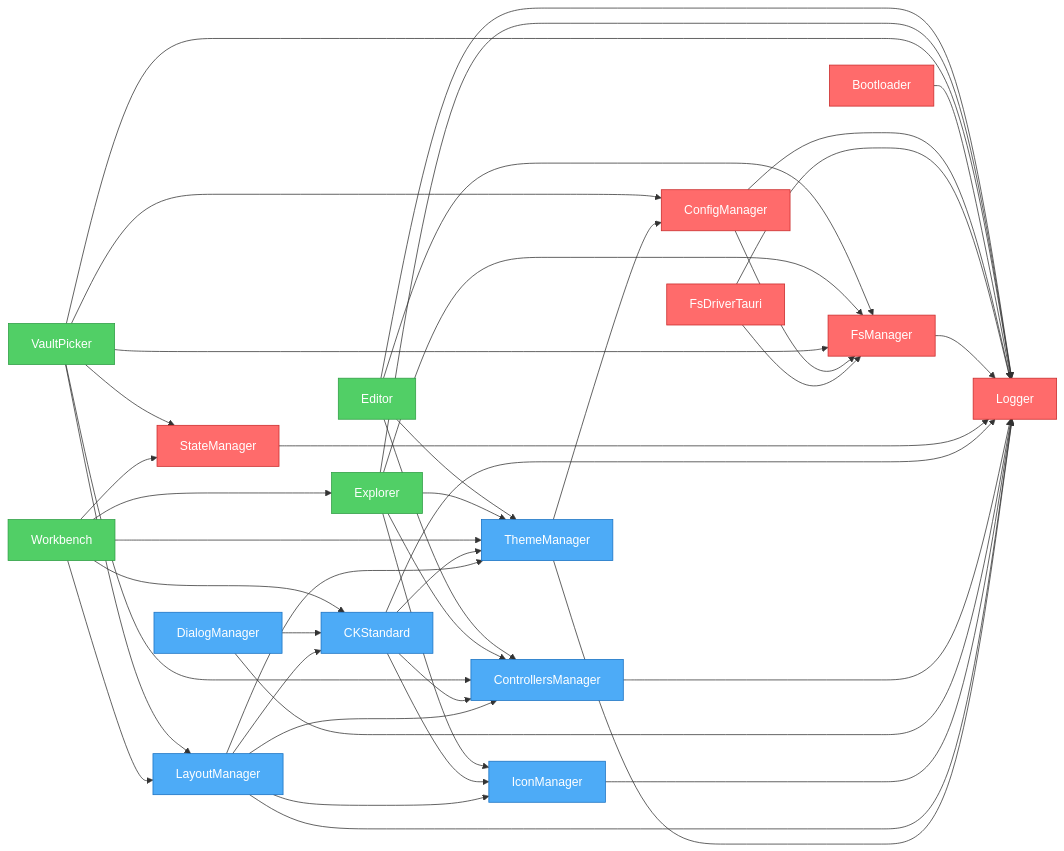
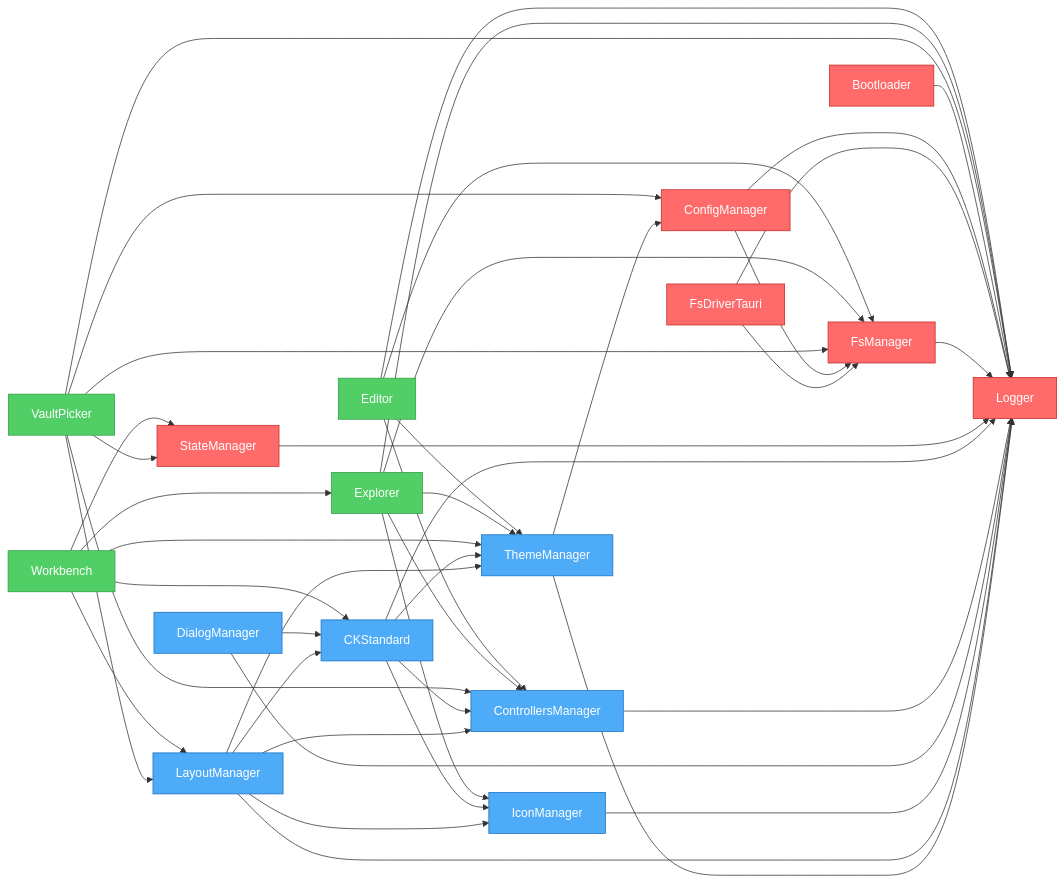
The diagram in artifacts/graph.mmd (khton-tech/notehub.md), drawn with Mermaid before and after one commit. The commit also changed other lines of this file and 8 other files, not shown here.

```diff
--- a/artifacts/graph.mmd
+++ b/artifacts/graph.mmd
@@ -1,68 +1,68 @@
 flowchart LR
     nh_features_editor["Editor"]
     nh_features_explorer["Explorer"]
+    nh_features_workbench["Workbench"]
     nh_features_vault-picker["VaultPicker"]
-    nh_features_workbench["Workbench"]
     nh_system_bootloader["Bootloader"]
     nh_system_config-manager["ConfigManager"]
     nh_system_fs-driver-tauri["FsDriverTauri"]
     nh_system_fs-manager["FsManager"]
     nh_system_logger["Logger"]
     nh_system_state-manager["StateManager"]
     nh_ui_ck-standard["CKStandard"]
     nh_ui_controllers-manager["ControllersManager"]
     nh_ui_dialog-manager["DialogManager"]
     nh_ui_icon-manager["IconManager"]
     nh_ui_layout-manager["LayoutManager"]
     nh_ui_theme-manager["ThemeManager"]
     nh_features_editor --> nh_system_fs-manager
     nh_features_editor --> nh_system_logger
     nh_features_editor --> nh_ui_theme-manager
     nh_features_editor --> nh_ui_controllers-manager
     nh_features_explorer --> nh_system_fs-manager
     nh_features_explorer --> nh_system_logger
     nh_features_explorer --> nh_ui_controllers-manager
     nh_features_explorer --> nh_ui_icon-manager
     nh_features_explorer --> nh_ui_theme-manager
+    nh_features_workbench --> nh_ui_layout-manager
+    nh_features_workbench --> nh_ui_theme-manager
+    nh_features_workbench --> nh_ui_ck-standard
+    nh_features_workbench --> nh_system_state-manager
+    nh_features_workbench --> nh_features_explorer
     nh_features_vault-picker --> nh_system_fs-manager
     nh_features_vault-picker --> nh_system_config-manager
     nh_features_vault-picker --> nh_system_state-manager
     nh_features_vault-picker --> nh_system_logger
     nh_features_vault-picker --> nh_ui_controllers-manager
     nh_features_vault-picker --> nh_ui_layout-manager
-    nh_features_workbench --> nh_ui_layout-manager
-    nh_features_workbench --> nh_ui_theme-manager
-    nh_features_workbench --> nh_ui_ck-standard
-    nh_features_workbench --> nh_system_state-manager
-    nh_features_workbench --> nh_features_explorer
     nh_system_bootloader --> nh_system_logger
     nh_system_config-manager --> nh_system_logger
     nh_system_config-manager --> nh_system_fs-manager
     nh_system_fs-driver-tauri --> nh_system_logger
     nh_system_fs-driver-tauri --> nh_system_fs-manager
     nh_system_fs-manager --> nh_system_logger
     nh_system_state-manager --> nh_system_logger
     nh_ui_ck-standard --> nh_system_logger
     nh_ui_ck-standard --> nh_ui_controllers-manager
     nh_ui_ck-standard --> nh_ui_icon-manager
     nh_ui_ck-standard --> nh_ui_theme-manager
     nh_ui_controllers-manager --> nh_system_logger
     nh_ui_dialog-manager --> nh_system_logger
     nh_ui_dialog-manager --> nh_ui_ck-standard
     nh_ui_icon-manager --> nh_system_logger
     nh_ui_layout-manager --> nh_system_logger
     nh_ui_layout-manager --> nh_ui_theme-manager
     nh_ui_layout-manager --> nh_ui_icon-manager
     nh_ui_layout-manager --> nh_ui_controllers-manager
     nh_ui_layout-manager --> nh_ui_ck-standard
     nh_ui_theme-manager --> nh_system_logger
     nh_ui_theme-manager --> nh_system_config-manager
 
     %% Styles
     classDef system fill:#ff6b6b,stroke:#c92a2a,color:#fff
     classDef ui fill:#4dabf7,stroke:#1971c2,color:#fff
     classDef feature fill:#51cf66,stroke:#2f9e44,color:#fff
     class nh_features_editor,nh_features_vault-picker feature
     class nh_features_explorer,nh_features_workbench feature
     class nh_system_bootloader,nh_system_config-manager,nh_system_fs-driver-tauri,nh_system_fs-manager,nh_system_logger,nh_system_state-manager system
     class nh_ui_ck-standard,nh_ui_controllers-manager,nh_ui_dialog-manager,nh_ui_icon-manager,nh_ui_layout-manager,nh_ui_theme-manager ui
```
